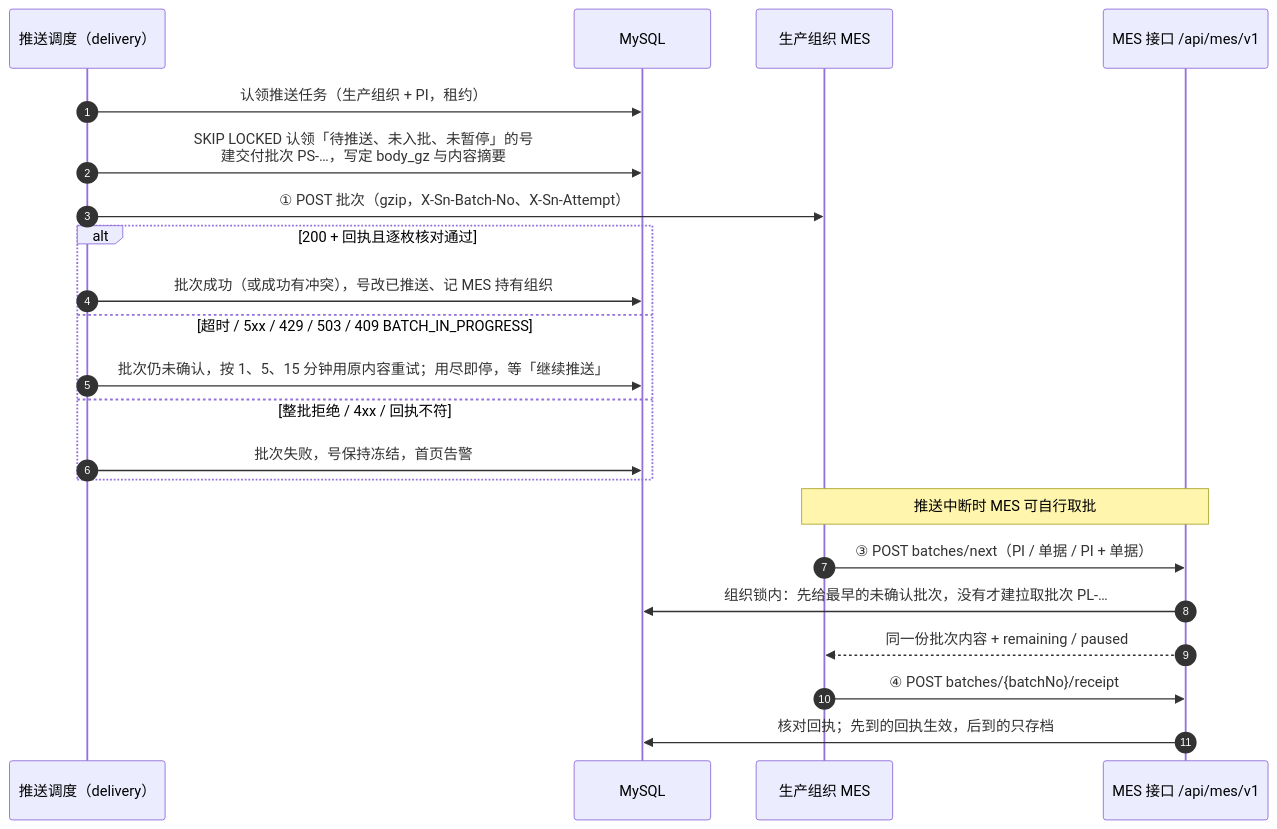
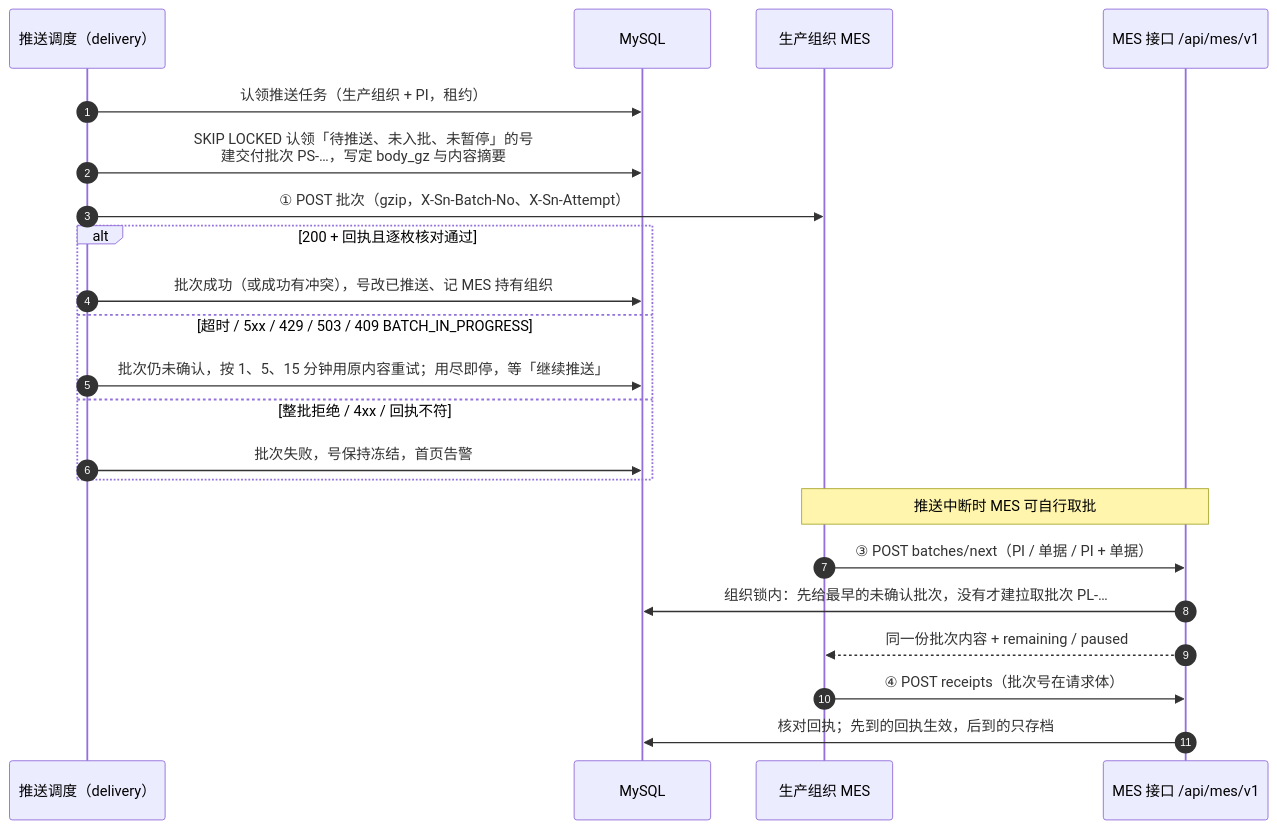
The diagram in docs/images/系统技术方案/fig3-2-delivery-seq.mmd (Createsnow/sn-center), drawn with Mermaid before and after one commit. The commit also changed 20 other files, not shown here.

First line of the commit message:
MES 接口参数统一放请求体：③ 回执改为 POST /receipts，④⑤ 改为 POST

```diff
--- a/docs/images/系统技术方案/fig3-2-delivery-seq.mmd
+++ b/docs/images/系统技术方案/fig3-2-delivery-seq.mmd
@@ -1,22 +1,22 @@
 sequenceDiagram
   autonumber
   participant T as 推送调度（delivery）
   participant D as MySQL
   participant M as 生产组织 MES
   participant API as MES 接口 /api/mes/v1
   T->>D: 认领推送任务（生产组织 + PI，租约）
   T->>D: SKIP LOCKED 认领「待推送、未入批、未暂停」的号<br/>建交付批次 PS-…，写定 body_gz 与内容摘要
   T->>M: ① POST 批次（gzip，X-Sn-Batch-No、X-Sn-Attempt）
   alt 200 + 回执且逐枚核对通过
     T->>D: 批次成功（或成功有冲突），号改已推送、记 MES 持有组织
   else 超时 / 5xx / 429 / 503 / 409 BATCH_IN_PROGRESS
     T->>D: 批次仍未确认，按 1、5、15 分钟用原内容重试；用尽即停，等「继续推送」
   else 整批拒绝 / 4xx / 回执不符
     T->>D: 批次失败，号保持冻结，首页告警
   end
   Note over M,API: 推送中断时 MES 可自行取批
   M->>API: ③ POST batches/next（PI / 单据 / PI + 单据）
   API->>D: 组织锁内：先给最早的未确认批次，没有才建拉取批次 PL-…
   API-->>M: 同一份批次内容 + remaining / paused
-  M->>API: ④ POST batches/{batchNo}/receipt
+  M->>API: ④ POST receipts（批次号在请求体）
   API->>D: 核对回执；先到的回执生效，后到的只存档
```
